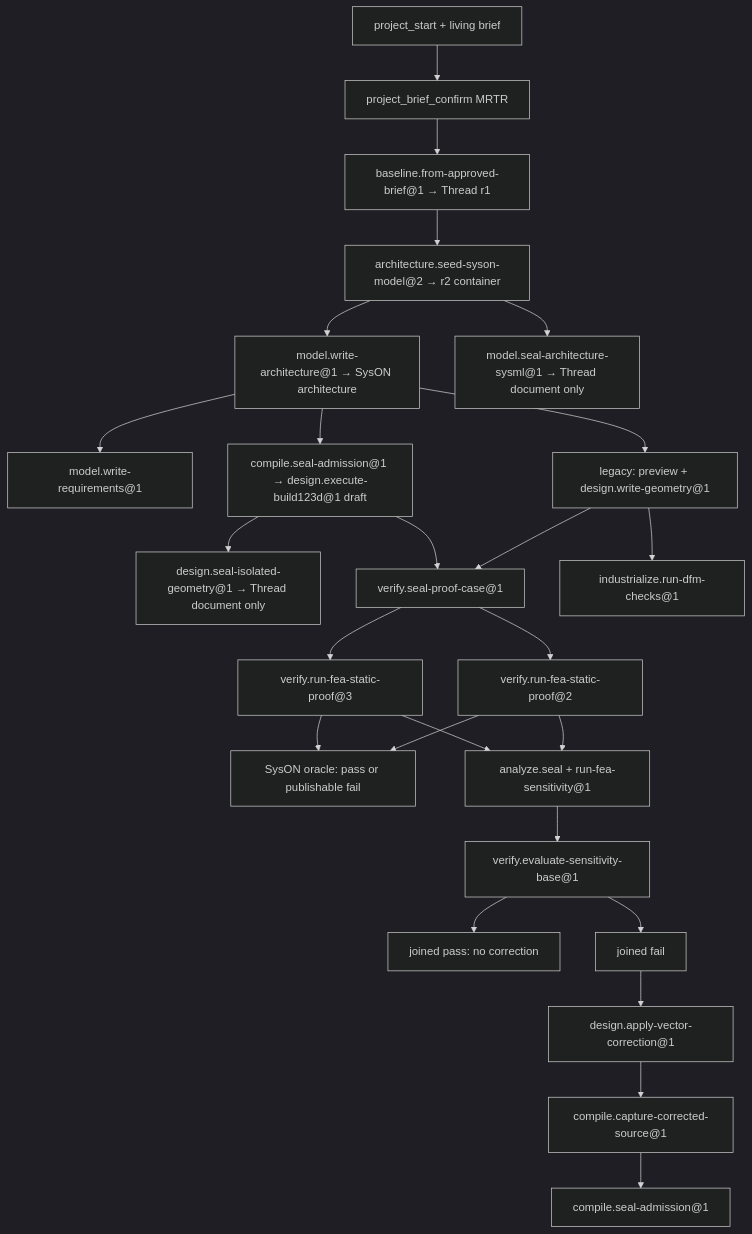
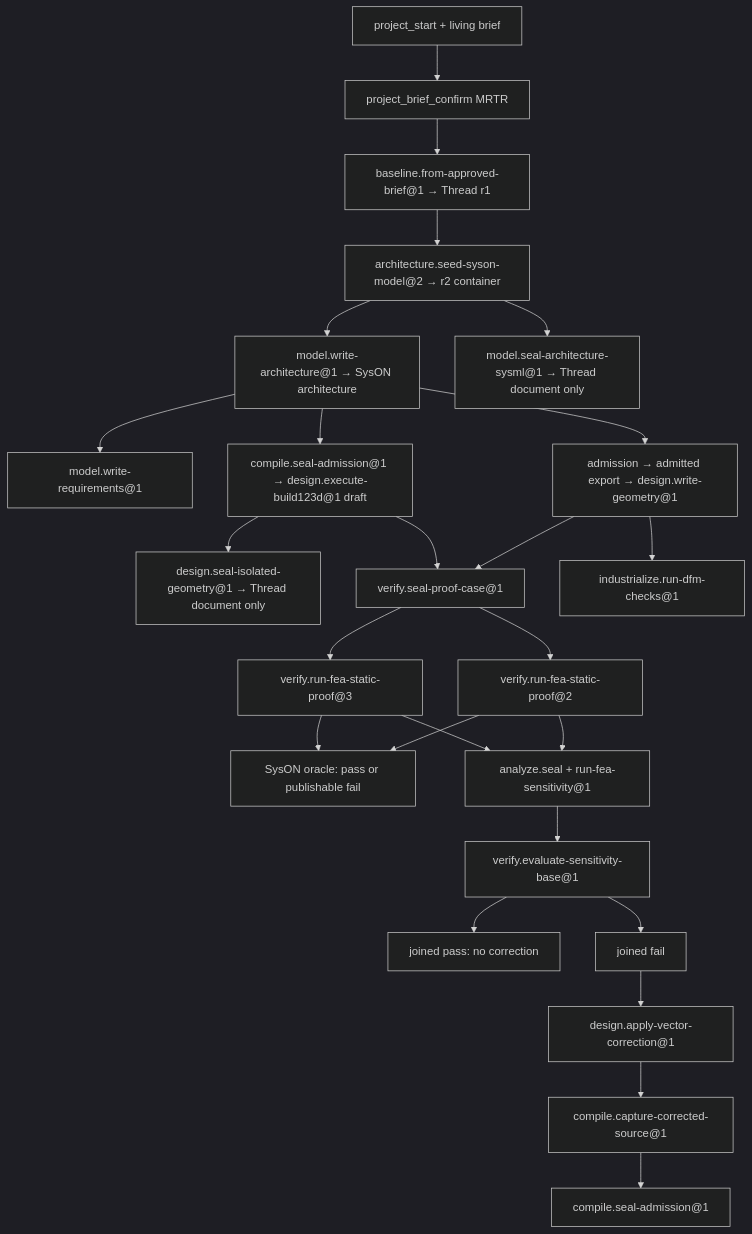
The second of 2 diagrams in docs/reference/agent-workspace.md (Casys-AI/casys-digital-thread), drawn with Mermaid (dark theme) before and after one commit. The commit also changed other lines of this file and 19 other files, not shown here.

First line of the commit message:
feat: seal write-geometry only from admitted parameterized CAD [skip ci]

````diff
--- a/docs/reference/agent-workspace.md
+++ b/docs/reference/agent-workspace.md
@@ -390,27 +391,27 @@
 ```mermaid
 flowchart TD
   intent["project_start + living brief"] --> confirm["project_brief_confirm MRTR"]
   confirm --> r1["baseline.from-approved-brief@1 → Thread r1"]
   r1 --> seed["architecture.seed-syson-model@2 → r2 container"]
   seed --> arch["model.write-architecture@1 → SysON architecture"]
   seed --> sealSysml["model.seal-architecture-sysml@1 → Thread document only"]
   arch --> req["model.write-requirements@1"]
-  arch --> geomA["legacy: preview + design.write-geometry@1"]
+  arch --> geomA["admission → admitted export → design.write-geometry@1"]
   arch --> geomB["compile.seal-admission@1 → design.execute-build123d@1 draft"]
   geomB --> sealGeom["design.seal-isolated-geometry@1 → Thread document only"]
   geomA --> proof["verify.seal-proof-case@1"]
   geomB --> proof
   proof --> fea2["verify.run-fea-static-proof@2"]
   proof --> fea3["verify.run-fea-static-proof@3"]
   fea2 --> verdict["SysON oracle: pass or publishable fail"]
   fea3 --> verdict
   fea2 --> sens["analyze.seal + run-fea-sensitivity@1"]
   fea3 --> sens
   sens --> join["verify.evaluate-sensitivity-base@1"]
   join --> passNode["joined pass: no correction"]
   join --> failNode["joined fail"]
   failNode --> corr["design.apply-vector-correction@1"]
   corr --> zsrc["compile.capture-corrected-source@1"]
   zsrc --> reseal["compile.seal-admission@1"]
   geomA --> dfm["industrialize.run-dfm-checks@1"]
 ```
````
